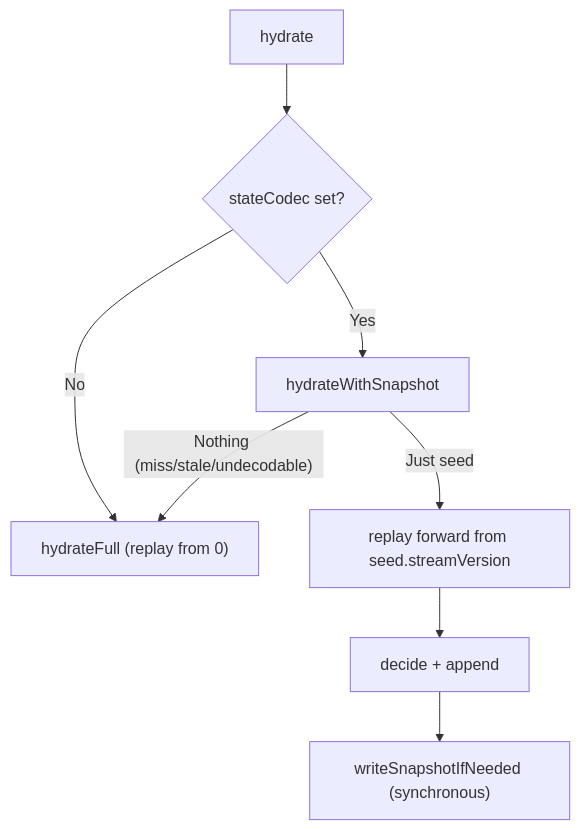
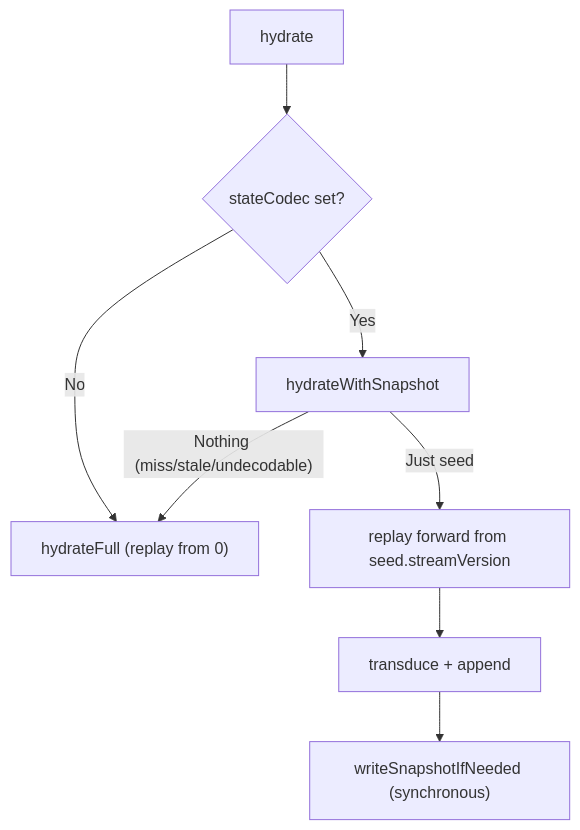
One commit to shinzui/keiro-runtime-docs changed the diagram in content/docs/keiro/explanation/consistency-and-snapshots.mdx. Above: the diagram before and after it, drawn with Mermaid. The commit also changed 12 other files, not shown here.

First line of the commit message:
docs(keiro): rename command-cycle phase Decide → Transduce; add transducer primer

````diff
--- a/content/docs/keiro/explanation/consistency-and-snapshots.mdx
+++ b/content/docs/keiro/explanation/consistency-and-snapshots.mdx
@@ -41,10 +41,10 @@
 ```mermaid
 flowchart TD
   H["hydrate"] --> C{"stateCodec set?"}
   C -- "No" --> Full["hydrateFull (replay from 0)"]
   C -- "Yes" --> L["hydrateWithSnapshot"]
   L -- "Nothing (miss/stale/undecodable)" --> Full
   L -- "Just seed" --> R["replay forward from seed.streamVersion"]
-  R --> D["decide + append"]
+  R --> D["transduce + append"]
   D --> W["writeSnapshotIfNeeded (synchronous)"]
 ```
````
